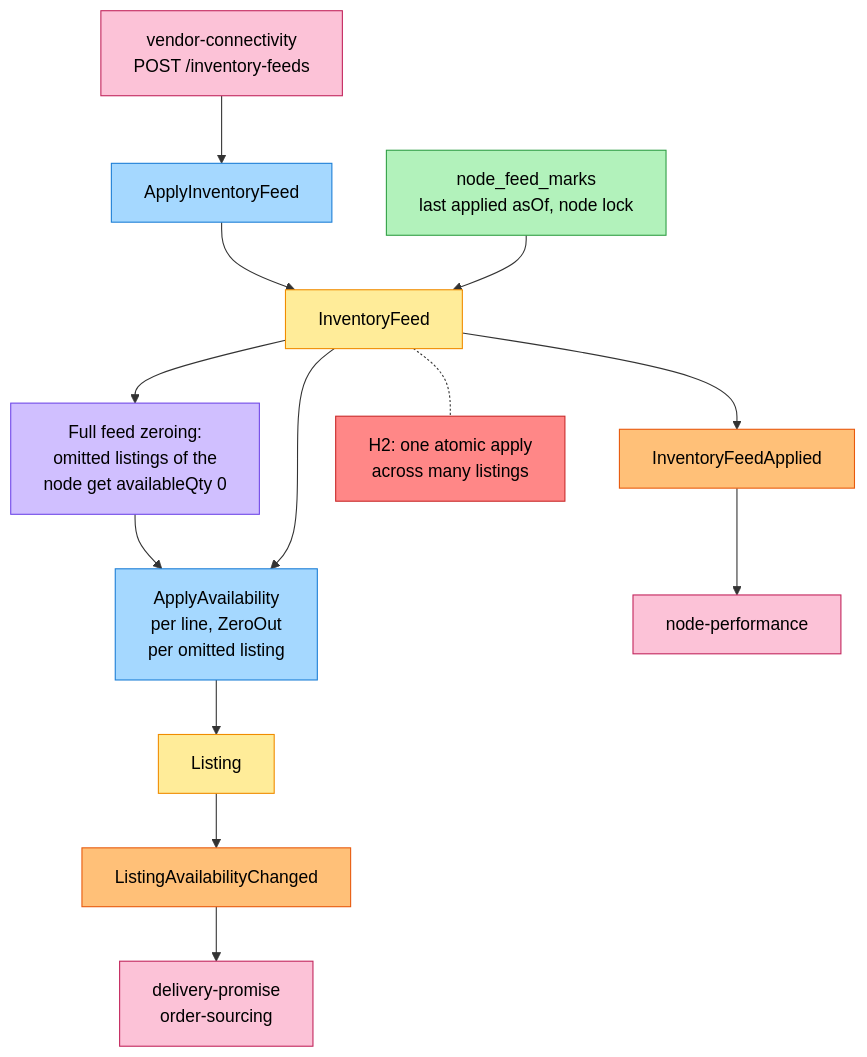
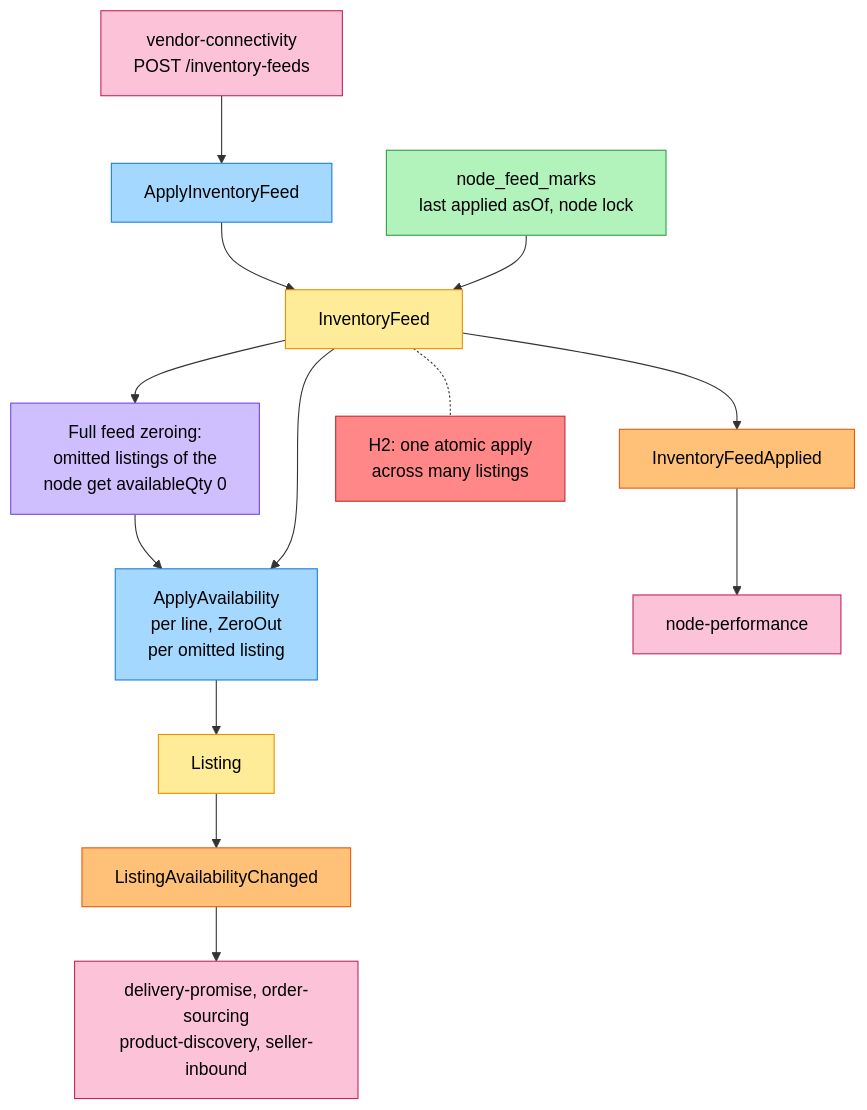
One commit to IQVO/offer-availability changed the second of 3 diagrams in docs/docs/ddd/eventstorming.md. Above: the diagram before and after it, drawn with Mermaid. The commit also changed other lines of this file and 15 other files, not shown here.

````diff
--- a/docs/docs/ddd/eventstorming.md
+++ b/docs/docs/ddd/eventstorming.md
@@ -79,30 +80,30 @@
 ```mermaid
 flowchart TB
     VC["vendor-connectivity<br/>POST /inventory-feeds"]:::external
     C1["ApplyInventoryFeed"]:::command
     A1["InventoryFeed"]:::aggregate
     R1["node_feed_marks<br/>last applied asOf, node lock"]:::readmodel
     P1["Full feed zeroing:<br/>omitted listings of the<br/>node get availableQty 0"]:::policy
     C2["ApplyAvailability<br/>per line, ZeroOut<br/>per omitted listing"]:::command
     A2["Listing"]:::aggregate
     E1["ListingAvailabilityChanged"]:::event
     E2["InventoryFeedApplied"]:::event
-    X1["delivery-promise<br/>order-sourcing"]:::external
+    X1["delivery-promise, order-sourcing<br/>product-discovery, seller-inbound"]:::external
     X2["node-performance"]:::external
     H2["H2: one atomic apply<br/>across many listings"]:::hotspot
 
     VC --> C1 --> A1
     R1 --> A1
     A1 --> P1 --> C2
     A1 --> C2 --> A2 --> E1 --> X1
     A1 --> E2 --> X2
     A1 -.- H2
 
     classDef command fill:#a5d8ff,stroke:#1c7ed6,color:#000
     classDef aggregate fill:#ffec99,stroke:#f08c00,color:#000
     classDef event fill:#ffc078,stroke:#e8590c,color:#000
     classDef policy fill:#d0bfff,stroke:#7048e8,color:#000
     classDef readmodel fill:#b2f2bb,stroke:#2f9e44,color:#000
     classDef external fill:#fcc2d7,stroke:#c2255c,color:#000
     classDef hotspot fill:#ff8787,stroke:#c92a2a,color:#000
 ```
````
